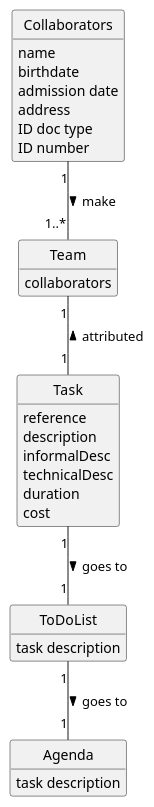
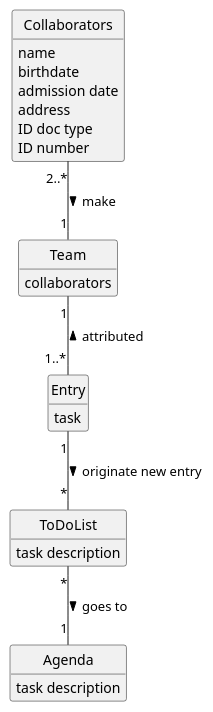
The diagram in docs/SprintC/us28/02.analysis/puml/us028-domain-model.puml (Departamento-de-Engenharia-Informatica/lei-24-s2-1df-1de-g063), drawn with PlantUML before and after one commit. The commit also changed 58 other files, not shown here.

```diff
--- a/docs/SprintC/us28/02.analysis/puml/us028-domain-model.puml
+++ b/docs/SprintC/us28/02.analysis/puml/us028-domain-model.puml
@@ -1,50 +1,45 @@
 @startuml
 skinparam monochrome true
 skinparam packageStyle rectangle
 skinparam shadowing false
 skinparam monochrome true
 skinparam packageStyle rectangle
 skinparam shadowing false
 'skinparam linetype ortho
 'left to right direction
 skinparam classAttributeIconSize 0
 hide circle
 hide methods
 
 
 class Team{
     collaborators
 }
 
-class Task {
-    reference
-    description
-    informalDesc
-    technicalDesc
-    duration
-    cost
+class Entry {
+    task
 }
 
 class Collaborators {
     name
     birthdate
     admission date
     address
     contact info (mobile and email)
     ID doc type
     ID number
 }
 
 class ToDoList{
     task description
 }
 
 class Agenda{
     task description
 }
 
-Task "1" -- "1" ToDoList : goes to >
-Team "1" -- "1" Task : attributed <
-Collaborators "1" -- "1..*" Team : make >
-ToDoList "1" -- "1" Agenda : goes to >
+Entry "1" -- "*" ToDoList : originate new entry >
+Team "1" -- "1..*" Entry : attributed <
+Collaborators "2..*" -- "1" Team : make >
+ToDoList "*" -- "1" Agenda : goes to >
 @enduml
```
